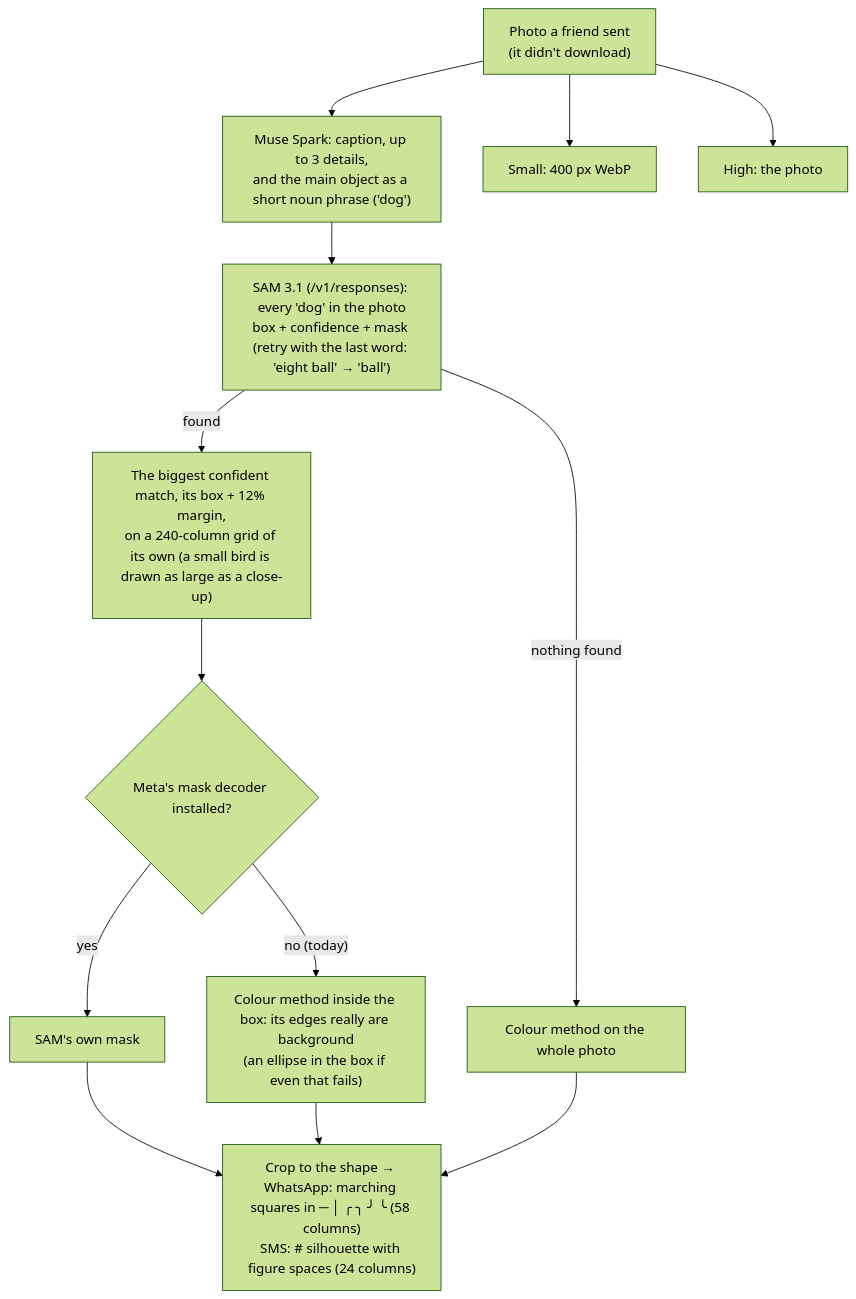
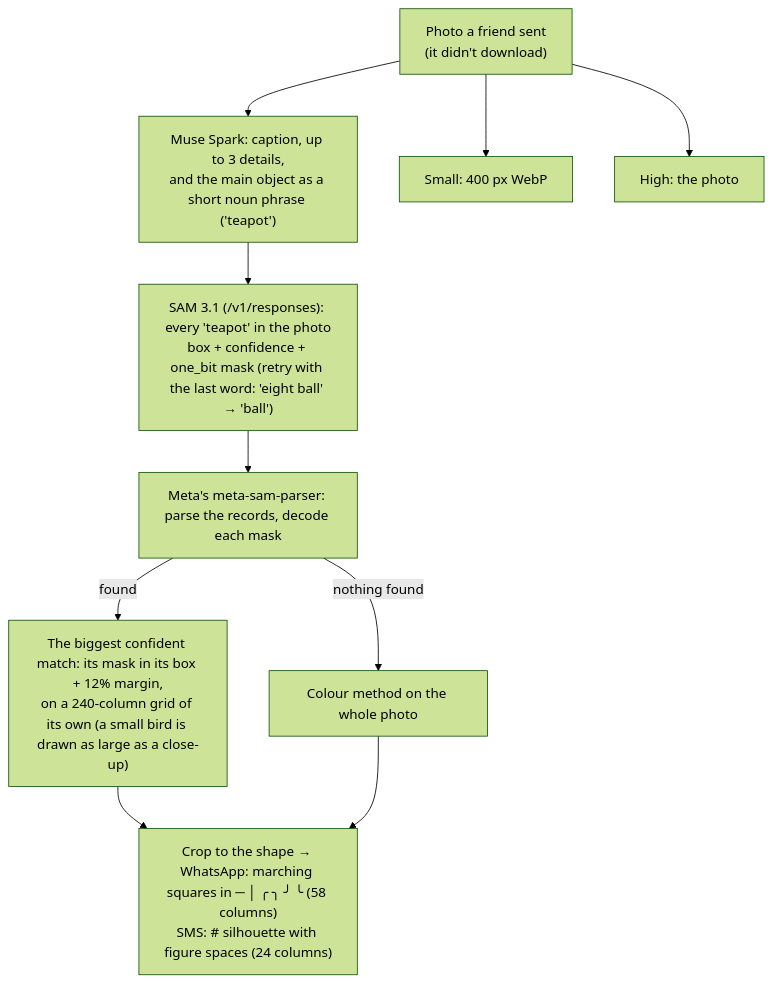
One commit to JacobOuyang/MapsImagesText changed the fifth of 8 diagrams in README.md. Above: the diagram before and after it, drawn with Mermaid (forest theme). The commit also changed other lines of this file and 9 other files, not shown here.

First line of the commit message:
SAM 3.1 masks decoded with Meta's parser; Python 3.12 venv; SAM water for maps

````diff
--- a/README.md
+++ b/README.md
@@ -585,13 +585,11 @@
 ```mermaid
 flowchart TD
-  A["Photo a friend sent<br/>(it didn't download)"] --> B["Muse Spark: caption, up to 3 details,<br/>and the main object as a short noun phrase ('dog')"]
-  B --> S["SAM 3.1 (/v1/responses): every 'dog' in the photo<br/>box + confidence + mask (retry with the last word: 'eight ball' → 'ball')"]
-  S -- "found" --> P["The biggest confident match, its box + 12% margin,<br/>on a 240-column grid of its own (a small bird is drawn as large as a close-up)"]
-  P --> M{"Meta's mask decoder installed?"}
-  M -- yes --> MK["SAM's own mask"]
-  M -- "no (today)" --> CB["Colour method inside the box: its edges really are background<br/>(an ellipse in the box if even that fails)"]
-  S -- "nothing found" --> CO["Colour method on the whole photo"]
-  MK & CB & CO --> O["Crop to the shape → WhatsApp: marching squares in ─ │ ╭ ╮ ╯ ╰ (58 columns)<br/>SMS: # silhouette with figure spaces (24 columns)"]
+  A["Photo a friend sent<br/>(it didn't download)"] --> B["Muse Spark: caption, up to 3 details,<br/>and the main object as a short noun phrase ('teapot')"]
+  B --> S["SAM 3.1 (/v1/responses): every 'teapot' in the photo<br/>box + confidence + one_bit mask (retry with the last word: 'eight ball' → 'ball')"]
+  S --> PR["Meta's meta-sam-parser: parse the records, decode each mask"]
+  PR -- "found" --> P["The biggest confident match: its mask in its box + 12% margin,<br/>on a 240-column grid of its own (a small bird is drawn as large as a close-up)"]
+  PR -- "nothing found" --> CO["Colour method on the whole photo"]
+  P & CO --> O["Crop to the shape → WhatsApp: marching squares in ─ │ ╭ ╮ ╯ ╰ (58 columns)<br/>SMS: # silhouette with figure spaces (24 columns)"]
   A --> SM["Small: 400 px WebP"]
   A --> H["High: the photo"]
 ```
````
